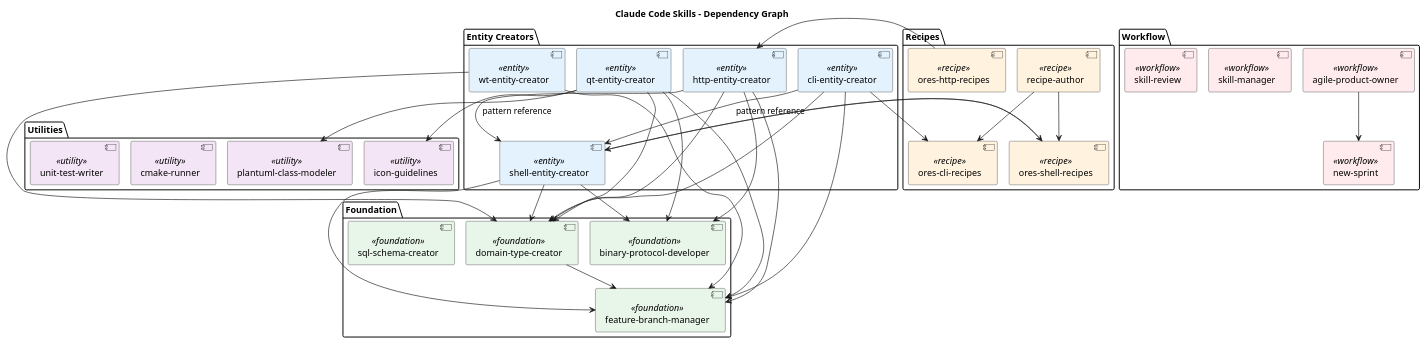
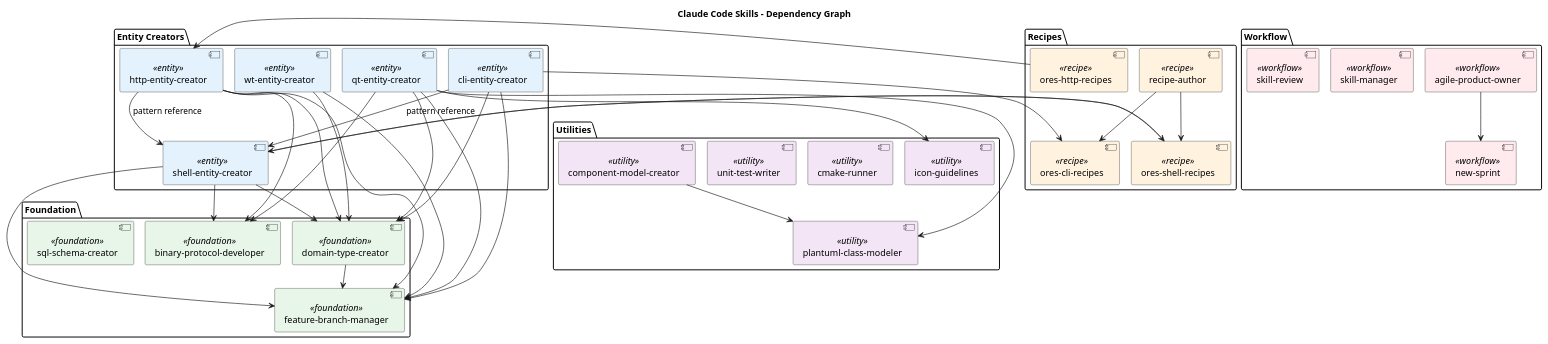
One commit to OreStudio/OreStudio changed the diagram in doc/skills/modeling/skill_dependencies.puml. Above: the diagram before and after it, drawn with PlantUML. The commit also changed 2 other files, not shown here.

Commit message:
[doc] Update skill-manager with skill dependencies documentation
- Add new section documenting how to update skill_dependencies.puml
  when creating new skills
- Document package categories and their stereotypes/colors
- Add component-model-creator skill to the dependencies diagram
  with its dependency on plantuml-class-modeler

```diff
--- a/doc/skills/modeling/skill_dependencies.puml
+++ b/doc/skills/modeling/skill_dependencies.puml
@@ -17,117 +17,121 @@
 @startuml skill_dependencies
 !pragma layout smetana
 
 title Claude Code Skills - Dependency Graph
 
 ' Styling
 skinparam component {
     BackgroundColor<<foundation>> #E8F5E9
     BackgroundColor<<entity>> #E3F2FD
     BackgroundColor<<recipe>> #FFF3E0
     BackgroundColor<<utility>> #F3E5F5
     BackgroundColor<<workflow>> #FFEBEE
 }
 
 ' =============================================================================
 ' Foundation Skills
 ' Skills that provide core functionality used by many other skills
 ' =============================================================================
 package "Foundation" {
     [domain-type-creator] <<foundation>> as dtc
     [binary-protocol-developer] <<foundation>> as bpd
     [feature-branch-manager] <<foundation>> as fbm
     [sql-schema-creator] <<foundation>> as ssc
 }
 
 ' =============================================================================
 ' Entity Creator Skills
 ' Skills for creating entity support across different layers
 ' =============================================================================
 package "Entity Creators" {
     [qt-entity-creator] <<entity>> as qt
     [shell-entity-creator] <<entity>> as shell
     [http-entity-creator] <<entity>> as http
     [cli-entity-creator] <<entity>> as cli
     [wt-entity-creator] <<entity>> as wt
 }
 
 ' =============================================================================
 ' Recipe Skills
 ' Skills for maintaining executable documentation
 ' =============================================================================
 package "Recipes" {
     [recipe-author] <<recipe>> as ra
     [ores-shell-recipes] <<recipe>> as osr
     [ores-cli-recipes] <<recipe>> as ocr
     [ores-http-recipes] <<recipe>> as ohr
 }
 
 ' =============================================================================
 ' Utility Skills
 ' Supporting skills for specific tasks
 ' =============================================================================
 package "Utilities" {
     [icon-guidelines] <<utility>> as icon
     [plantuml-class-modeler] <<utility>> as puml
     [cmake-runner] <<utility>> as cmake
     [unit-test-writer] <<utility>> as utw
+    [component-model-creator] <<utility>> as cmc
 }
 
 ' =============================================================================
 ' Workflow Skills
 ' Skills for development workflow and process
 ' =============================================================================
 package "Workflow" {
     [agile-product-owner] <<workflow>> as apo
     [new-sprint] <<workflow>> as ns
     [skill-manager] <<workflow>> as sm
     [skill-review] <<workflow>> as sr
 }
 
 ' =============================================================================
 ' Dependencies
 ' Arrows show "references" relationship (A --> B means A references B)
 ' =============================================================================
 
 ' Foundation internal
 dtc --> fbm
 
 ' Qt entity creator dependencies
 qt --> dtc
 qt --> bpd
 qt --> fbm
 qt --> icon
 qt --> puml
 
 ' Shell entity creator dependencies
 shell --> dtc
 shell --> bpd
 shell --> fbm
 shell --> osr
 
 ' HTTP entity creator dependencies
 http --> dtc
 http --> bpd
 http --> fbm
 http --> shell : "pattern reference"
 
 ' CLI entity creator dependencies
 cli --> dtc
 cli --> fbm
 cli --> ocr
 cli --> shell : "pattern reference"
 
 ' Wt entity creator dependencies
 wt --> dtc
 wt --> fbm
 
 ' Recipe skill dependencies
 ra --> osr
 ra --> ocr
 osr --> shell
 ohr --> http
 
 ' Workflow dependencies
 apo --> ns
 
+' Utility dependencies
+cmc --> puml
+
 @enduml
```
